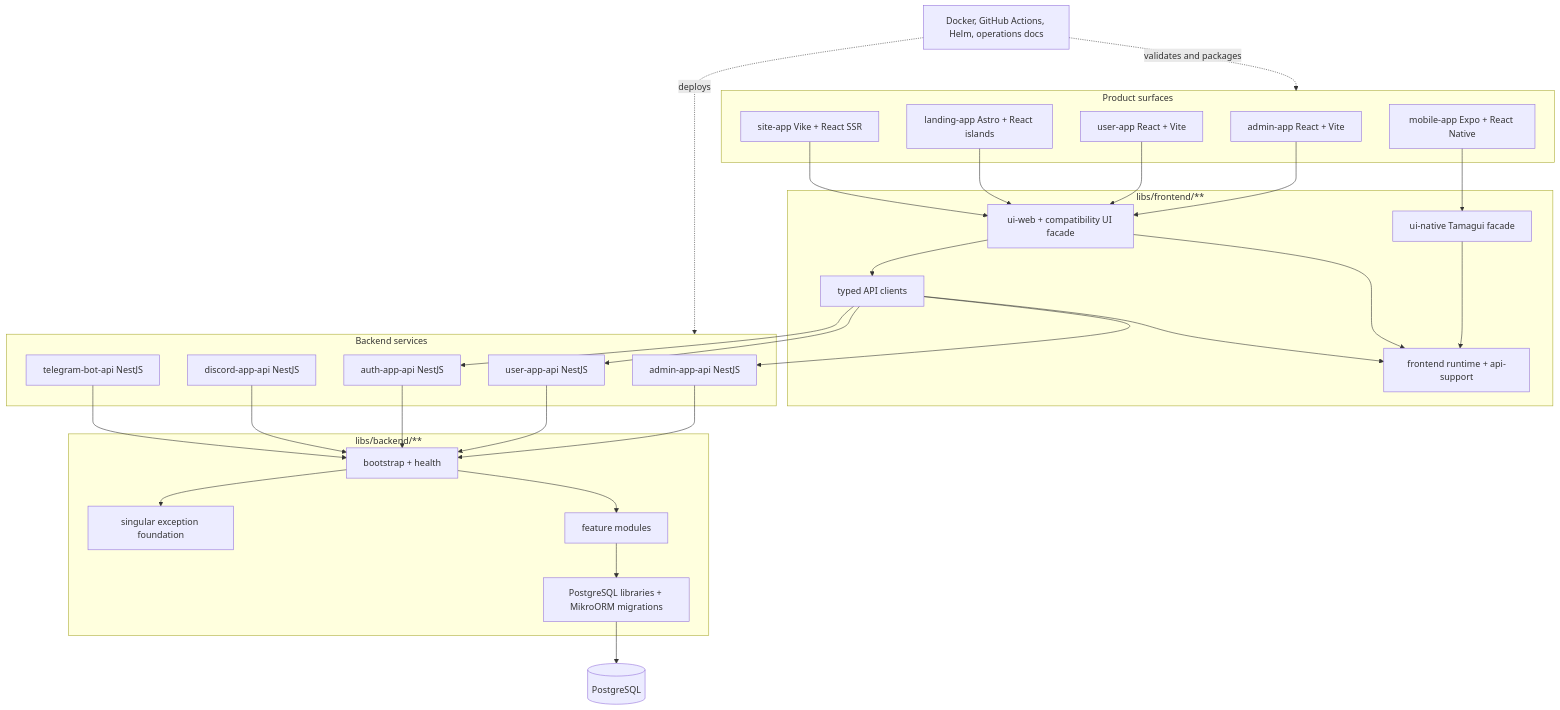
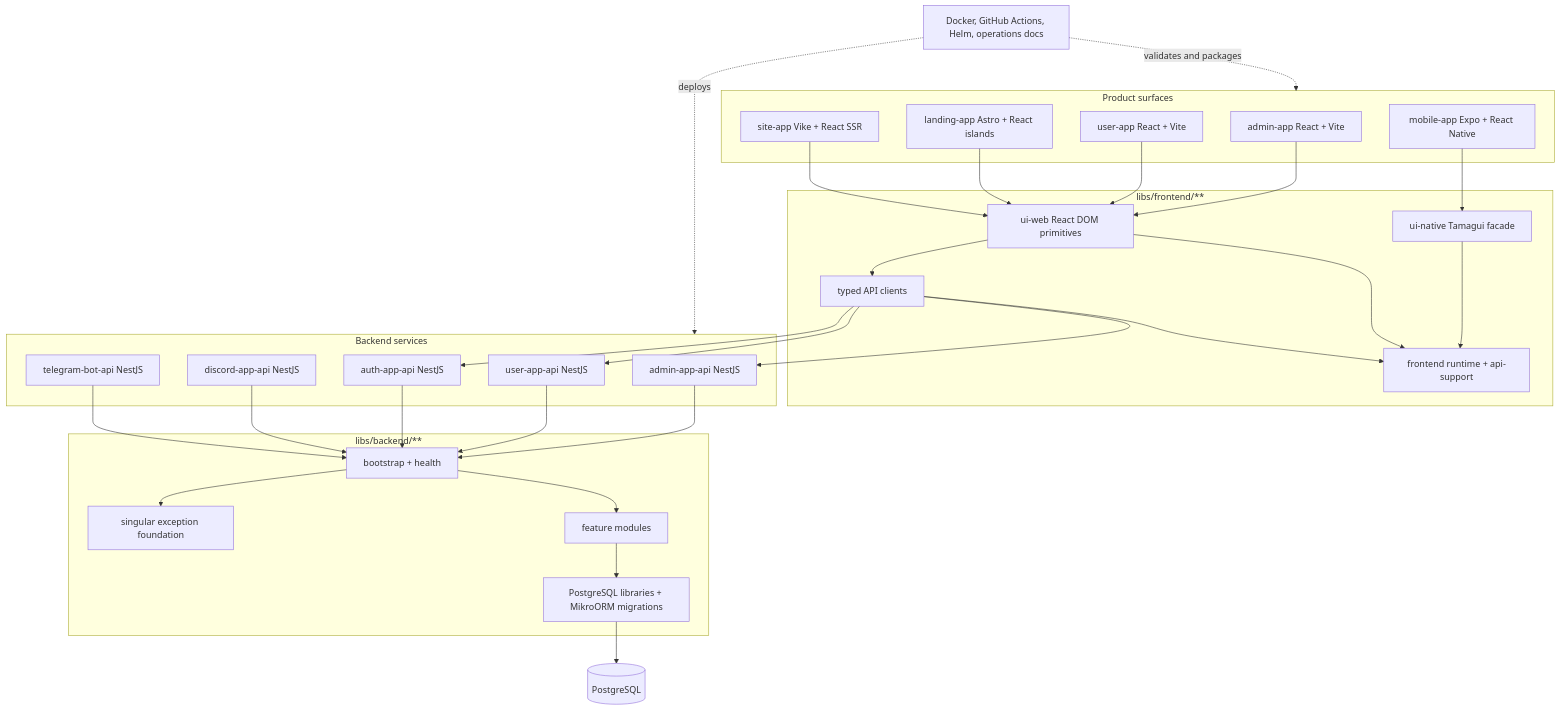
One commit to nmime/nest-react-boilerplate changed the diagram in README.md. Above: the diagram before and after it, drawn with Mermaid. The commit also changed other lines of this file and 55 other files, not shown here.

````diff
--- a/README.md
+++ b/README.md
@@ -7,55 +7,55 @@
 ```mermaid
 flowchart TB
   subgraph Product["Product surfaces"]
     Admin["admin-app React + Vite"]
     User["user-app React + Vite"]
     Landing["landing-app Astro + React islands"]
     Site["site-app Vike + React SSR"]
     Mobile["mobile-app Expo + React Native"]
   end
   subgraph Frontend["libs/frontend/**"]
-    UI["ui-web + compatibility UI facade"]
+    UI["ui-web React DOM primitives"]
     NativeUI["ui-native Tamagui facade"]
     Runtime["frontend runtime + api-support"]
     Client["typed API clients"]
   end
   subgraph Services["Backend services"]
     AdminApi["admin-app-api NestJS"]
     UserApi["user-app-api NestJS"]
     AuthApi["auth-app-api NestJS"]
     DiscordApi["discord-app-api NestJS"]
     TelegramApi["telegram-bot-api NestJS"]
   end
   subgraph Backend["libs/backend/**"]
     Bootstrap["bootstrap + health"]
     Exception["singular exception foundation"]
     Features["feature modules"]
     Postgres["PostgreSQL libraries + MikroORM migrations"]
   end
   Data[(PostgreSQL)]
   Ops["Docker, GitHub Actions, Helm, operations docs"]
 
   Admin --> UI
   User --> UI
   Landing --> UI
   Site --> UI
   Mobile --> NativeUI
   NativeUI --> Runtime
   UI --> Runtime
   UI --> Client
   Client --> Runtime
   Client --> AdminApi
   Client --> UserApi
   Client --> AuthApi
   AdminApi --> Bootstrap
   UserApi --> Bootstrap
   AuthApi --> Bootstrap
   DiscordApi --> Bootstrap
   TelegramApi --> Bootstrap
   Bootstrap --> Exception
   Bootstrap --> Features
   Features --> Postgres
   Postgres --> Data
   Ops -. "validates and packages" .-> Product
   Ops -. "deploys" .-> Services
 ```
````
